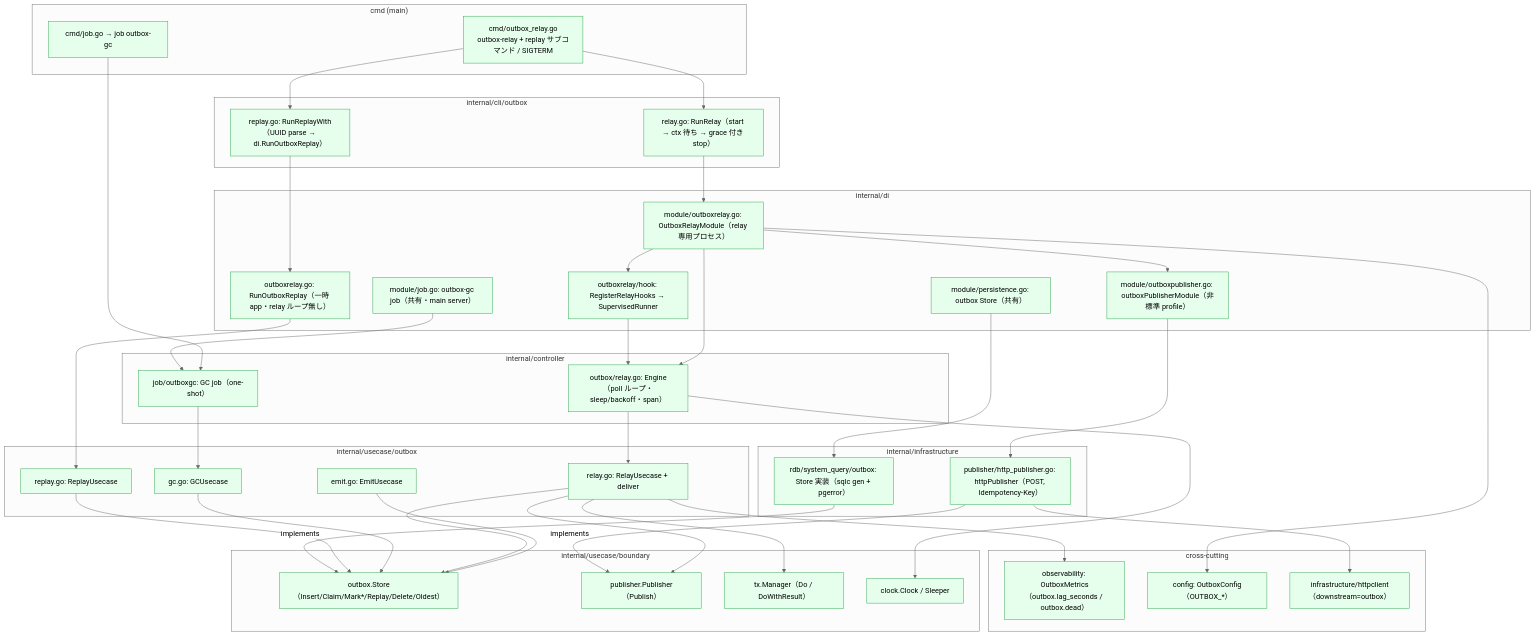
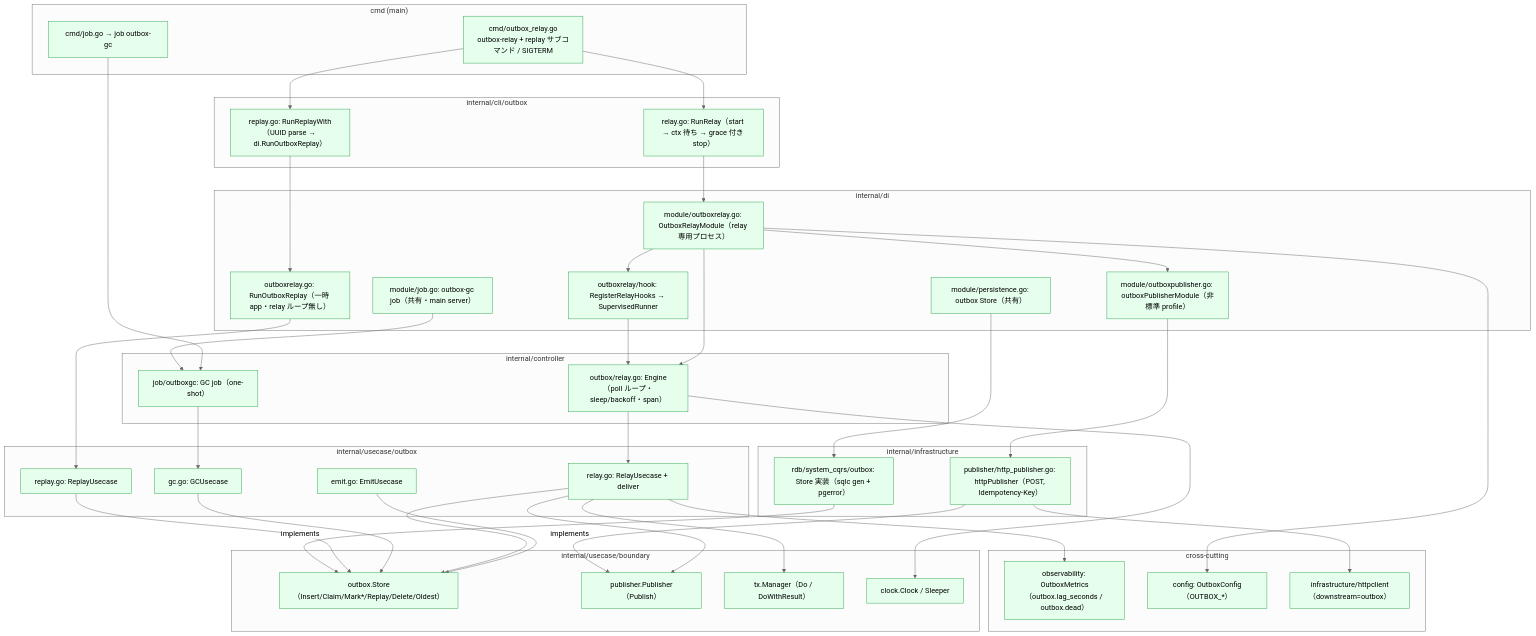
The third of 5 diagrams in docs/ja/design/outbox.ja.md (Tomy-ch/go-boilerplate), drawn with Mermaid (neutral theme) before and after one commit. The commit also changed other lines of this file and 81 other files, not shown here.

First line of the commit message:
Refactor: system_query を system_cqrs へ改名し CQRS ADR を整備

````diff
--- a/docs/ja/design/outbox.ja.md
+++ b/docs/ja/design/outbox.ja.md
@@ -98,75 +98,75 @@
 ```mermaid
 flowchart TD
     subgraph cmdL["cmd (main)"]
         CMD["cmd/outbox_relay.go<br/>outbox-relay + replay サブコマンド / SIGTERM"]
         CMDJOB["cmd/job.go → job outbox-gc"]
     end
     subgraph cliL["internal/cli/outbox"]
         CLIR["relay.go: RunRelay（start → ctx 待ち → grace 付き stop）"]
         CLIP["replay.go: RunReplayWith（UUID parse → di.RunOutboxReplay）"]
     end
     subgraph diL["internal/di"]
         DIM["module/outboxrelay.go: OutboxRelayModule（relay 専用プロセス）"]
         DIP["module/outboxpublisher.go: outboxPublisherModule（非標準 profile）"]
         DIPER["module/persistence.go: outbox Store（共有）"]
         DIJOB["module/job.go: outbox-gc job（共有・main server）"]
         DIH["outboxrelay/hook: RegisterRelayHooks → SupervisedRunner"]
         DIREP["outboxrelay.go: RunOutboxReplay（一時 app・relay ループ無し）"]
     end
     subgraph ctrlL["internal/controller"]
         ENG["outbox/relay.go: Engine（poll ループ・sleep/backoff・span）"]
         GCJ["job/outboxgc: GC job（one-shot）"]
     end
     subgraph ucL["internal/usecase/outbox"]
         EMIT["emit.go: EmitUsecase"]
         REL["relay.go: RelayUsecase + deliver"]
         GC["gc.go: GCUsecase"]
         RPL["replay.go: ReplayUsecase"]
     end
     subgraph seamL["internal/usecase/boundary"]
         STORE["outbox.Store（Insert/Claim/Mark*/Replay/Delete/Oldest）"]
         PUB["publisher.Publisher（Publish）"]
         TXM["tx.Manager（Do / DoWithResult）"]
         CLK["clock.Clock / Sleeper"]
     end
     subgraph infraL["internal/infrastructure"]
-        SQ["rdb/system_query/outbox: Store 実装（sqlc gen + pgerror）"]
+        SQ["rdb/system_cqrs/outbox: Store 実装（sqlc gen + pgerror）"]
         HTTP["publisher/http_publisher.go: httpPublisher（POST, Idempotency-Key）"]
     end
     subgraph crossL["cross-cutting"]
         OBS["observability: OutboxMetrics（outbox.lag_seconds / outbox.dead）"]
         CFG["config: OutboxConfig（OUTBOX_*）"]
         HC["infrastructure/httpclient（downstream=outbox）"]
     end
 
     CMD --> CLIR
     CMD --> CLIP
     CMDJOB --> GCJ
     CLIR --> DIM
     CLIP --> DIREP
     DIM --> DIP
     DIM --> ENG
     DIM --> DIH
     DIH --> ENG
     DIPER --> SQ
     DIJOB --> GCJ
     ENG --> REL
     GCJ --> GC
     DIREP --> RPL
     EMIT --> STORE
     REL --> STORE
     REL --> PUB
     REL --> TXM
     REL --> OBS
     GC --> STORE
     RPL --> STORE
     SQ -- implements --> STORE
     HTTP -- implements --> PUB
     HTTP --> HC
     DIP --> HTTP
     ENG --> CLK
     DIM --> CFG
 
     classDef done fill:#e6ffed,stroke:#2da44e;
     class CMD,CMDJOB,CLIR,CLIP,DIM,DIP,DIPER,DIJOB,DIH,DIREP,ENG,GCJ,EMIT,REL,GC,RPL,STORE,PUB,TXM,CLK,SQ,HTTP,OBS,CFG,HC done;
 ```
````
